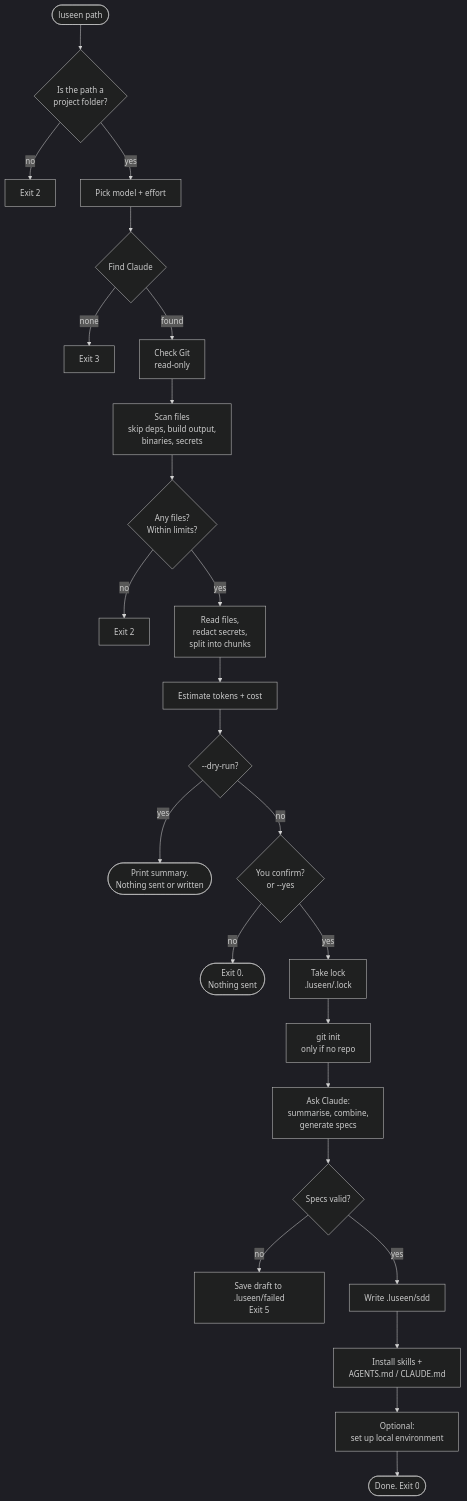
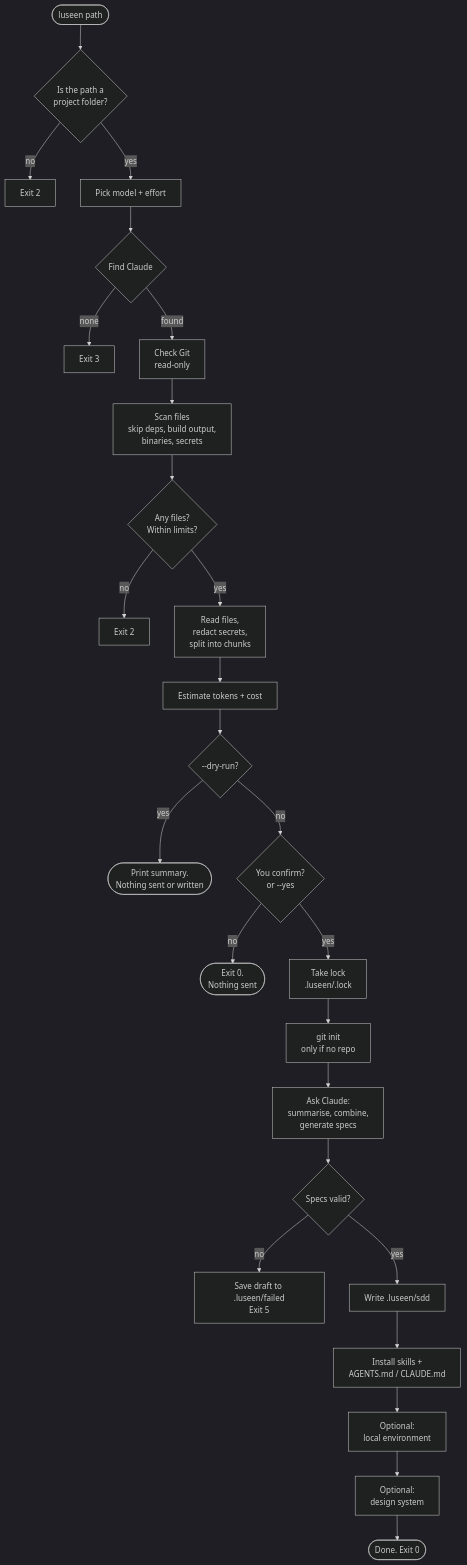
One commit to Hayko97/cclinic changed the eighth of 10 diagrams in SETUP_FLOW.md. Above: the diagram before and after it, drawn with Mermaid (dark theme). The commit also changed other lines of this file and 2 other files, not shown here.

Commit message:
docs: update README and setup flow, add new project flow

````diff
--- a/SETUP_FLOW.md
+++ b/SETUP_FLOW.md
@@ -29,27 +500,28 @@
 ```mermaid
 flowchart TD
     Start([luseen path]) --> T{Is the path a<br/>project folder?}
     T -- no --> X2[Exit 2]
     T -- yes --> M[Pick model + effort]
     M --> P{Find Claude}
     P -- none --> X3[Exit 3]
     P -- found --> G[Check Git<br/>read-only]
     G --> S[Scan files<br/>skip deps, build output,<br/>binaries, secrets]
     S --> L{Any files?<br/>Within limits?}
     L -- no --> X2b[Exit 2]
     L -- yes --> R[Read files,<br/>redact secrets,<br/>split into chunks]
     R --> E[Estimate tokens + cost]
     E --> D{--dry-run?}
     D -- yes --> DR([Print summary.<br/>Nothing sent or written])
     D -- no --> C{You confirm?<br/>or --yes}
     C -- no --> X0([Exit 0.<br/>Nothing sent])
     C -- yes --> LK[Take lock<br/>.luseen/.lock]
     LK --> GI[git init<br/>only if no repo]
     GI --> AI[Ask Claude:<br/>summarise, combine,<br/>generate specs]
     AI --> V{Specs valid?}
     V -- no --> X5[Save draft to .luseen/failed<br/>Exit 5]
     V -- yes --> W[Write .luseen/sdd]
     W --> SK[Install skills +<br/>AGENTS.md / CLAUDE.md]
-    SK --> ENV[Optional:<br/>set up local environment]
-    ENV --> Done([Done. Exit 0])
+    SK --> ENV[Optional:<br/>local environment]
+    ENV --> DSN[Optional:<br/>design system]
+    DSN --> Done([Done. Exit 0])
 ```
````
